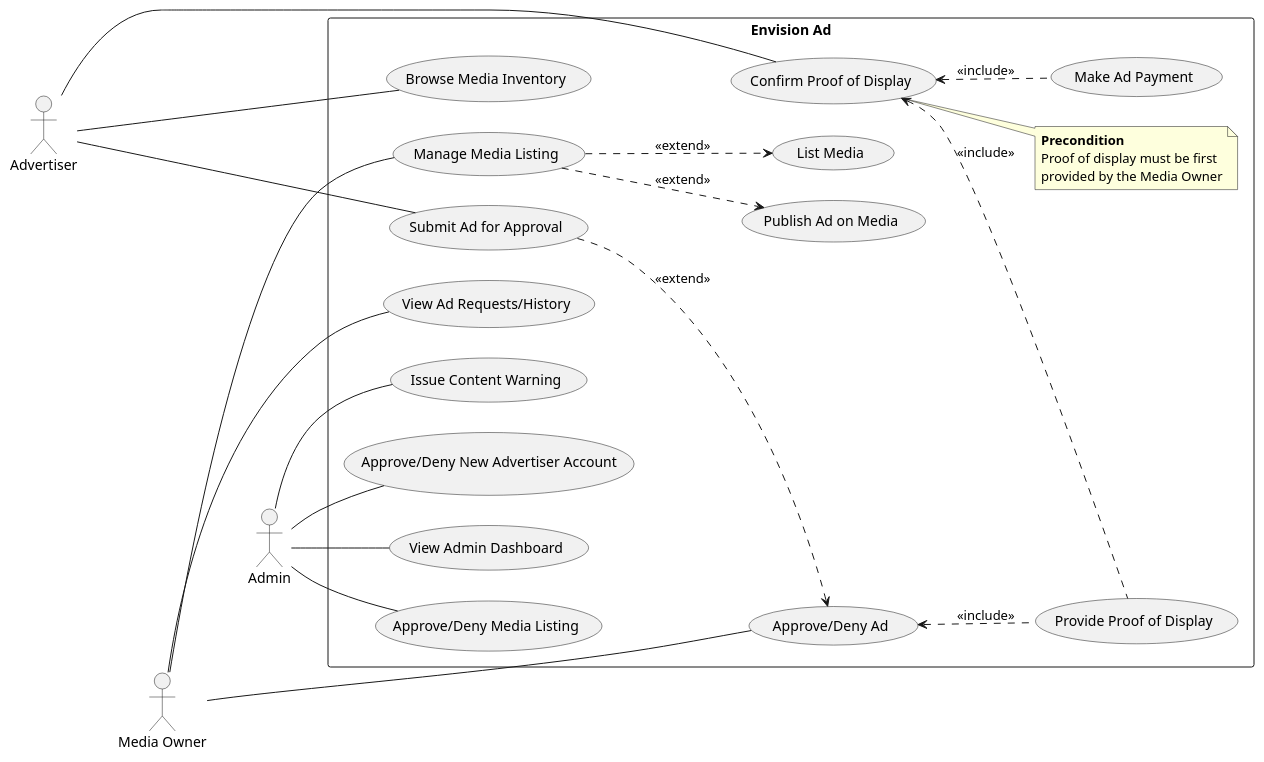
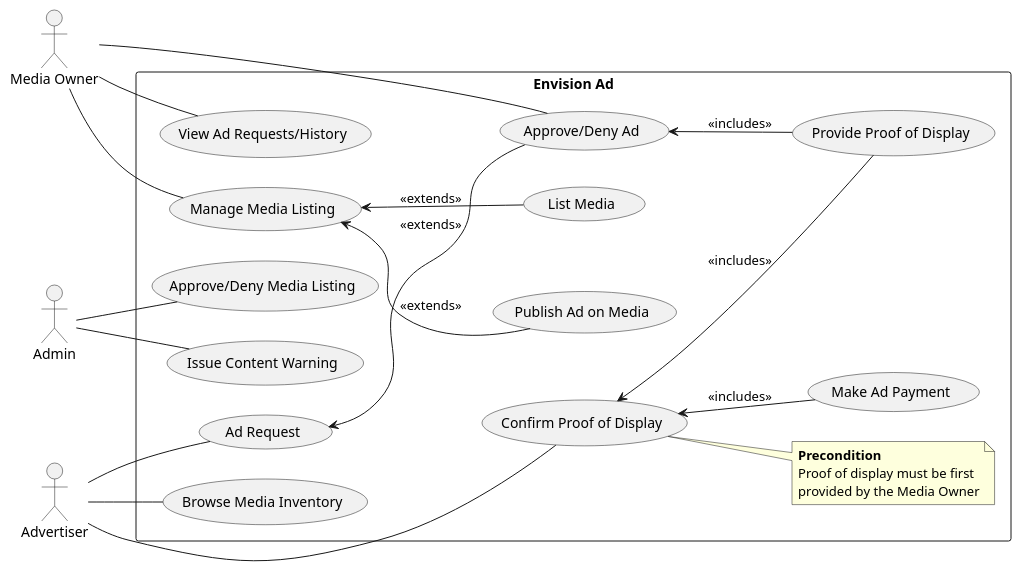
Before and after one commit to anvsult/visual-impact: the diagram in docs/4-diagrams/use-case-diagram.puml, drawn with PlantUML. The commit also changed 3 other files, not shown here.

```diff
--- a/docs/4-diagrams/use-case-diagram.puml
+++ b/docs/4-diagrams/use-case-diagram.puml
@@ -1,73 +1,67 @@
 @startuml
 left to right direction
 
 ' --- Increase spacing and make the box larger ---
 skinparam ranksep 40
 skinparam nodesep 30
 skinparam rectangle {
   Padding 40
   Margin 40
 }
 
 actor Advertiser as ADV
 actor "Media Owner" as MO
 actor Admin as ADM
-ADV -[hidden]-> MO
-MO  -[hidden]-> ADM
 
 rectangle "Envision Ad" {
 
   ' --- Advertiser use cases ---
   usecase "Browse Media Inventory" as Browse
   ' usecase "Preview Ad on Media" as Preview
-  usecase "Submit Ad for Approval" as Submit
+  usecase "Ad Request" as Request
   usecase "Make Ad Payment" as Pay
   usecase "Confirm Proof of Display" as ConfirmProof
 
   ' --- Media Owner use cases ---
   usecase "Manage Media Listing" as ManageListing
   usecase "List Media" as ListMedia
   usecase "Approve/Deny Ad" as ApproveAd
   usecase "Publish Ad on Media" as PublishAd
   usecase "Provide Proof of Display" as Proof
   usecase "View Ad Requests/History" as ViewAd
 
   ' --- Admin use cases ---
   usecase "Approve/Deny Media Listing" as ApproveListing
   usecase "Issue Content Warning" as ContentWarning
-  usecase "Approve/Deny New Advertiser Account" as ApproveAccount
-  usecase "View Admin Dashboard" as AdminDashboard
 
   ' --- Note ---
   note right of ConfirmProof
   <b>Precondition</b>
   Proof of display must be first
   provided by the Media Owner
   end note
 
   ' --- Actor connections (solid lines) ---
   ADV -- Browse
-  ADV -- Submit
+  ADV -- Request
   ADV -- ConfirmProof
 
   ' keep media owner lines inside rectangle
   MO -[hidden]-> ApproveAd
   MO -[hidden]-> Proof
   MO -- ApproveAd
   MO -- ViewAd
   MO -- ManageListing
 
   ADM -- ApproveListing
   ADM -- ContentWarning
-  ADM -- ApproveAccount
-  ADM -- AdminDashboard
 
   ' --- Relationships (dotted, no arrows, all contained) ---
-  ConfirmProof <.. Pay     : <<include>>
-  Submit ..> ApproveAd     : <<extend>>
-  ConfirmProof <.. Proof   : <<include>>
-  ApproveAd <.. Proof      : <<include>>
-  ManageListing ..> ListMedia : <<extend>>
-  ManageListing ..> PublishAd : <<extend>>
+  ConfirmProof <-- Pay     : <<includes>>
+  Request <-- ApproveAd     : <<extends>>
+  ConfirmProof <-- Proof   : <<includes>>
+  ApproveAd <-- Proof      : <<includes>>
+  ManageListing <-- ListMedia : <<extends>>
+  ManageListing <-- PublishAd : <<extends>>
 }
 @enduml
```
